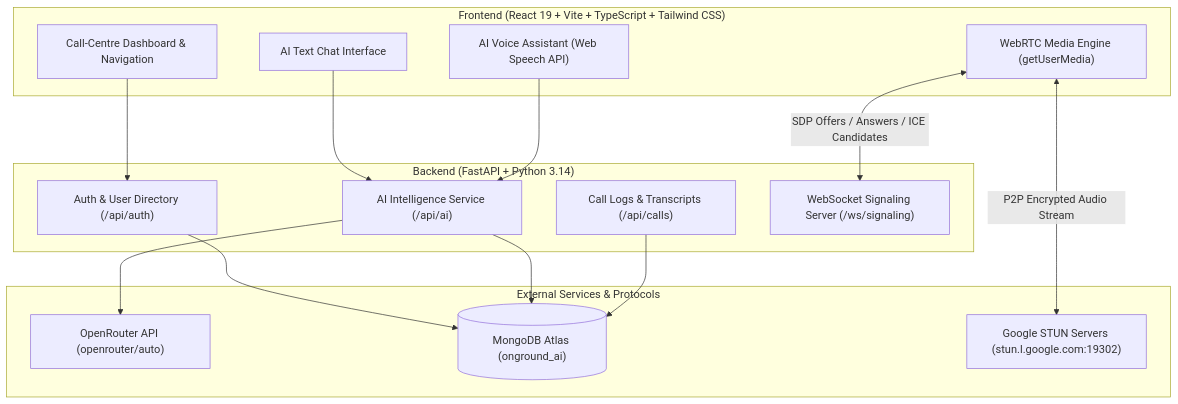
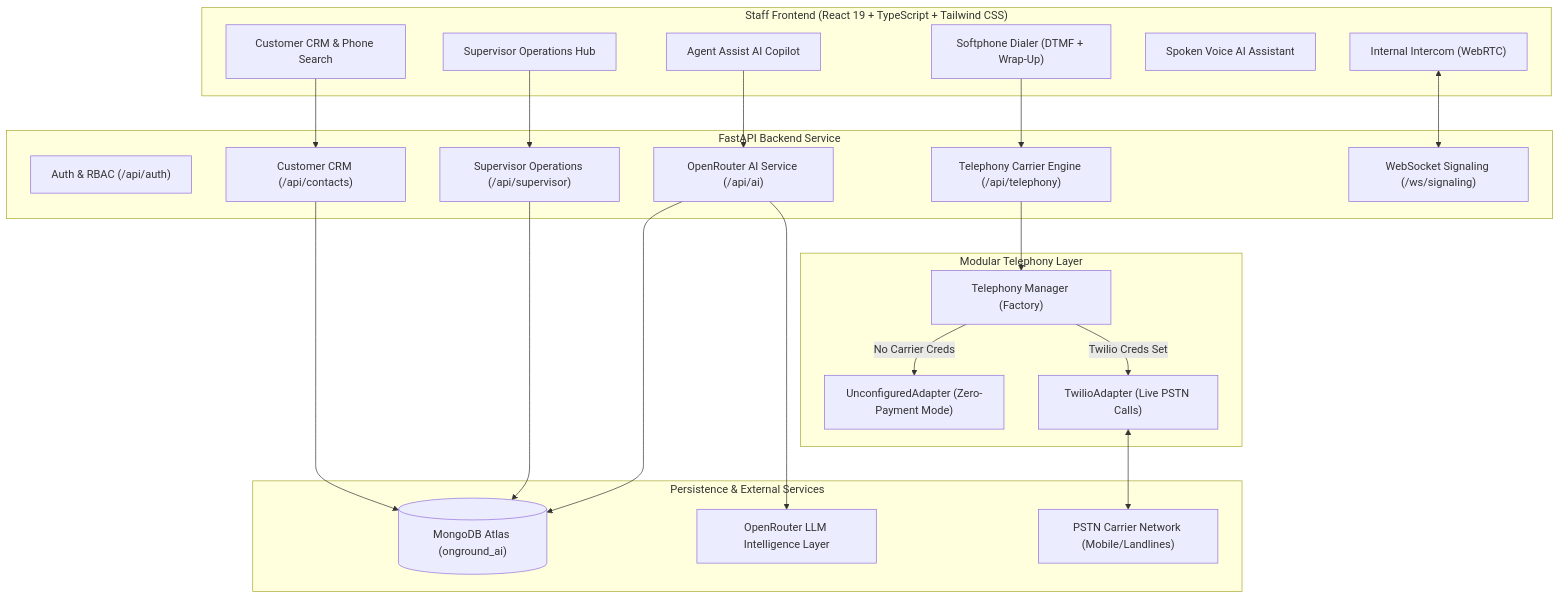
The diagram in README.md (Abdul561561/OnGroundAI), drawn with Mermaid before and after one commit. The commit also changed other lines of this file and 32 other files, not shown here.

Commit message:
feat: upgrade to OnGround AI Call Centre Platform with CRM, Softphone, Telephony Adapter, and Supervisor Hub

````diff
--- a/README.md
+++ b/README.md
@@ -19,33 +41,48 @@
 ```mermaid
 flowchart TD
-    subgraph Frontend["Frontend (React 19 + Vite + TypeScript + Tailwind CSS)"]
-        UI["Call-Centre Dashboard & Navigation"]
-        TextChat["AI Text Chat Interface"]
-        VoiceAgent["AI Voice Assistant (Web Speech API)"]
-        WebRTC["WebRTC Media Engine (getUserMedia)"]
+    subgraph Frontend["Staff Frontend (React 19 + TypeScript + Tailwind CSS)"]
+        Softphone["Softphone Dialer (DTMF + Wrap-Up)"]
+        CRM["Customer CRM & Phone Search"]
+        AgentAssist["Agent Assist AI Copilot"]
+        SuperHub["Supervisor Operations Hub"]
+        VoiceAI["Spoken Voice AI Assistant"]
+        Intercom["Internal Intercom (WebRTC)"]
     end
 
-    subgraph Backend["Backend (FastAPI + Python 3.14)"]
-        AuthRoute["Auth & User Directory (/api/auth)"]
-        AIRoute["AI Intelligence Service (/api/ai)"]
-        CallRoute["Call Logs & Transcripts (/api/calls)"]
-        Signaling["WebSocket Signaling Server (/ws/signaling)"]
+    subgraph Backend["FastAPI Backend Service"]
+        AuthRouter["Auth & RBAC (/api/auth)"]
+        ContactsRouter["Customer CRM (/api/contacts)"]
+        TelephonyRouter["Telephony Carrier Engine (/api/telephony)"]
+        SupervisorRouter["Supervisor Operations (/api/supervisor)"]
+        AIRouter["OpenRouter AI Service (/api/ai)"]
+        Signaling["WebSocket Signaling (/ws/signaling)"]
     end
 
-    subgraph External["External Services & Protocols"]
-        OpenRouter["OpenRouter API (openrouter/auto)"]
-        MongoAtlas[("MongoDB Atlas (onground_ai)")]
-        STUN["Google STUN Servers (stun.l.google.com:19302)"]
+    subgraph TelephonyLayer["Modular Telephony Layer"]
+        Manager["Telephony Manager (Factory)"]
+        Unconfigured["UnconfiguredAdapter (Zero-Payment Mode)"]
+        Twilio["TwilioAdapter (Live PSTN Calls)"]
     end
 
-    UI --> AuthRoute
-    TextChat --> AIRoute
-    VoiceAgent --> AIRoute
-    AIRoute --> OpenRouter
-    AuthRoute --> MongoAtlas
-    AIRoute --> MongoAtlas
-    CallRoute --> MongoAtlas
+    subgraph StorageAndAI["Persistence & External Services"]
+        MongoAtlas[("MongoDB Atlas (onground_ai)")]
+        OpenRouter["OpenRouter LLM Intelligence Layer"]
+        PSTNCarrier["PSTN Carrier Network (Mobile/Landlines)"]
+    end
 
-    WebRTC <-->|SDP Offers / Answers / ICE Candidates| Signaling
-    WebRTC <-->|P2P Encrypted Audio Stream| STUN
+    CRM --> ContactsRouter
+    Softphone --> TelephonyRouter
+    AgentAssist --> AIRouter
+    SuperHub --> SupervisorRouter
+    Intercom <--> Signaling
+
+    ContactsRouter --> MongoAtlas
+    SupervisorRouter --> MongoAtlas
+    AIRouter --> OpenRouter
+    AIRouter --> MongoAtlas
+
+    TelephonyRouter --> Manager
+    Manager -->|No Carrier Creds| Unconfigured
+    Manager -->|Twilio Creds Set| Twilio
+    Twilio <--> PSTNCarrier
 ```
````
